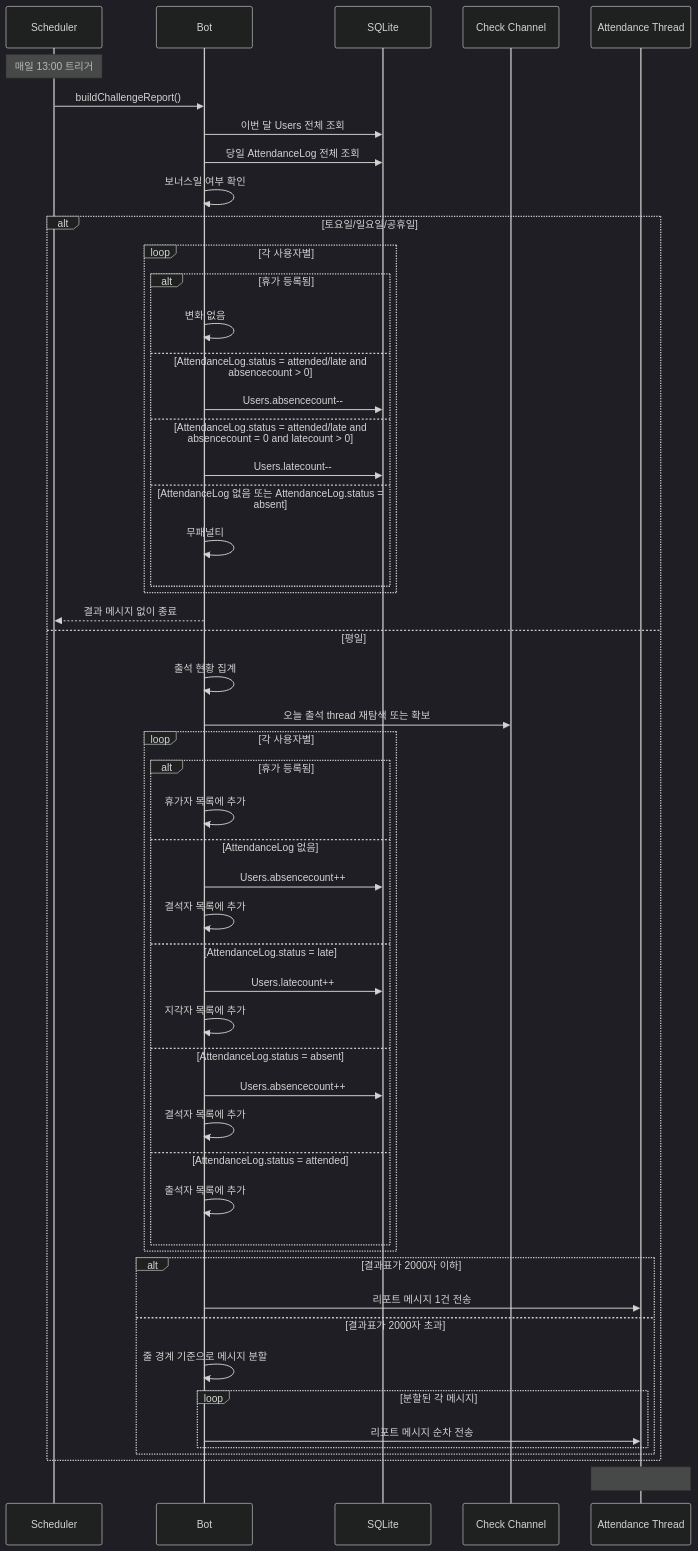
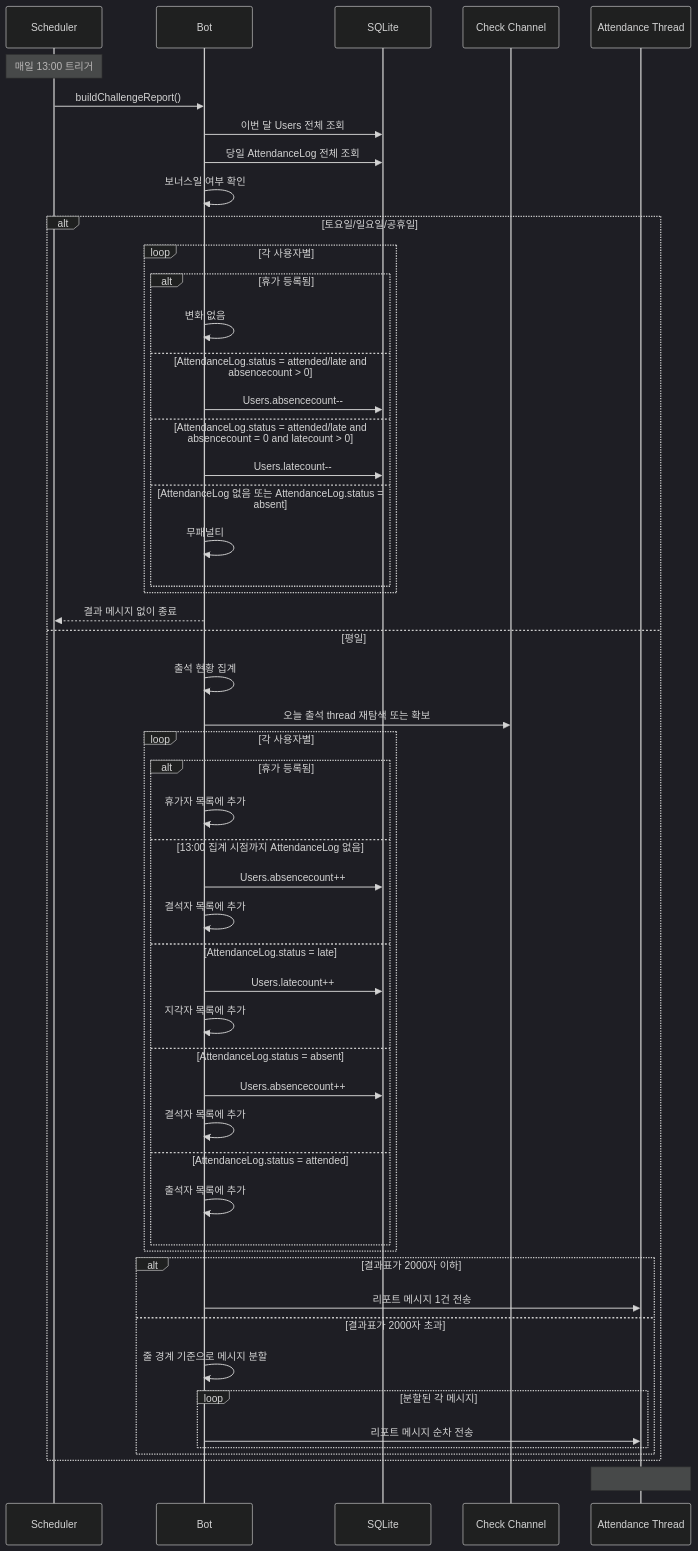
Diagram 12 of 21 in docs/USER_STORIES.md (honki12345/haruharu-discord-bot), drawn with Mermaid (dark theme) before and after one commit. The commit also changed other lines of this file and 10 other files, not shown here.

````diff
--- a/docs/USER_STORIES.md
+++ b/docs/USER_STORIES.md
@@ -509,60 +509,60 @@
 ```mermaid
 sequenceDiagram
     participant S as Scheduler
     participant B as Bot
     participant DB as SQLite
     participant C as Check Channel
     participant T as Attendance Thread
 
     Note over S: 매일 13:00 트리거
     S->>B: buildChallengeReport()
 
     B->>DB: 이번 달 Users 전체 조회
     B->>DB: 당일 AttendanceLog 전체 조회
 
     B->>B: 보너스일 여부 확인
     alt 토요일/일요일/공휴일
         loop 각 사용자별
             alt 휴가 등록됨
                 B->>B: 변화 없음
             else AttendanceLog.status = attended/late and absencecount > 0
                 B->>DB: Users.absencecount--
             else AttendanceLog.status = attended/late and absencecount = 0 and latecount > 0
                 B->>DB: Users.latecount--
             else AttendanceLog 없음 또는 AttendanceLog.status = absent
                 B->>B: 무패널티
             end
         end
         B-->>S: 결과 메시지 없이 종료
     else 평일
         B->>B: 출석 현황 집계
         B->>C: 오늘 출석 thread 재탐색 또는 확보
 
         loop 각 사용자별
             alt 휴가 등록됨
                 B->>B: 휴가자 목록에 추가
-            else AttendanceLog 없음
+            else 13:00 집계 시점까지 AttendanceLog 없음
                 B->>DB: Users.absencecount++
                 B->>B: 결석자 목록에 추가
             else AttendanceLog.status = late
                 B->>DB: Users.latecount++
                 B->>B: 지각자 목록에 추가
             else AttendanceLog.status = absent
                 B->>DB: Users.absencecount++
                 B->>B: 결석자 목록에 추가
             else AttendanceLog.status = attended
                 B->>B: 출석자 목록에 추가
             end
         end
 
         alt 결과표가 2000자 이하
             B->>T: 리포트 메시지 1건 전송
         else 결과표가 2000자 초과
             B->>B: 줄 경계 기준으로 메시지 분할
             loop 분할된 각 메시지
                 B->>T: 리포트 메시지 순차 전송
             end
         end
     end
     Note over T: ### 2025-12-08 출석표<br/>- 홍길동(06:00): 출석(연속 4회)<br/>- 김아침(07:00): 출석(연속 2회)<br/>- 이영희(07:30): 지각(누적 3회)<br/>- 박민수(08:00): 휴가(잔여 4일)<br/>- 최민지(06:30): 결석(누적 2회)
 ```
````
